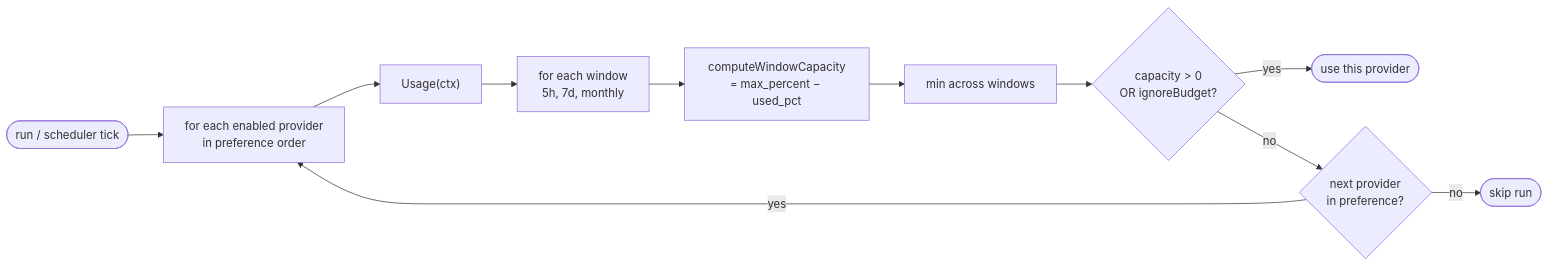
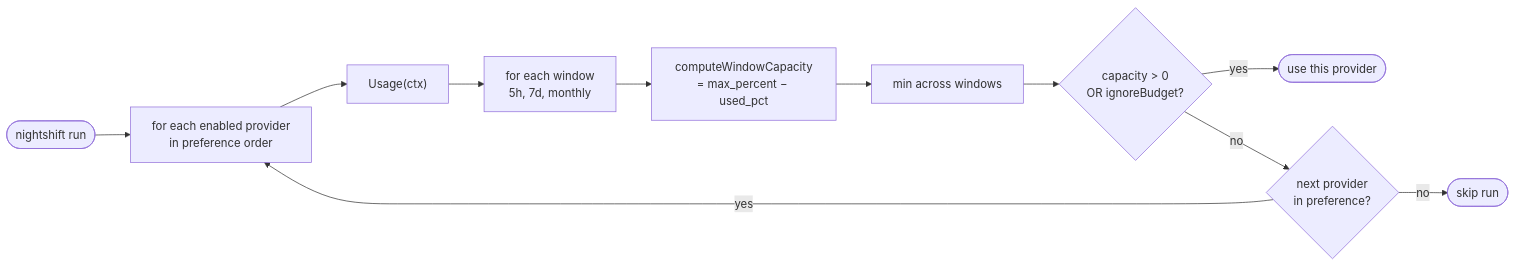
One commit to cedricfarinazzo/nightshift changed the fifth of 5 diagrams in docs/dev/architecture.md. Above: the diagram before and after it, drawn with Mermaid. The commit also changed other lines of this file and 35 other files, not shown here.

First line of the commit message:
[VC-102] Remove nightshift daemon, rely on systemd timer + nightshift run (#134)

````diff
--- a/docs/dev/architecture.md
+++ b/docs/dev/architecture.md
@@ -181,13 +177,13 @@
 ```mermaid
 flowchart LR
-    Trigger(["run / scheduler tick"]) --> Each["for each enabled provider<br/>in preference order"]
+    Trigger(["nightshift run"]) --> Each["for each enabled provider<br/>in preference order"]
     Each --> Fetch["Usage(ctx)"]
     Fetch --> Each2["for each window<br/>5h, 7d, monthly"]
     Each2 --> Calc["computeWindowCapacity<br/>= max_percent − used_pct"]
     Calc --> Min["min across windows"]
     Min --> Gate{"capacity > 0<br/>OR ignoreBudget?"}
     Gate -- yes --> Use(["use this provider"])
     Gate -- no --> Next{"next provider<br/>in preference?"}
     Next -- yes --> Each
     Next -- no --> SkipRun(["skip run"])
 ```
````
